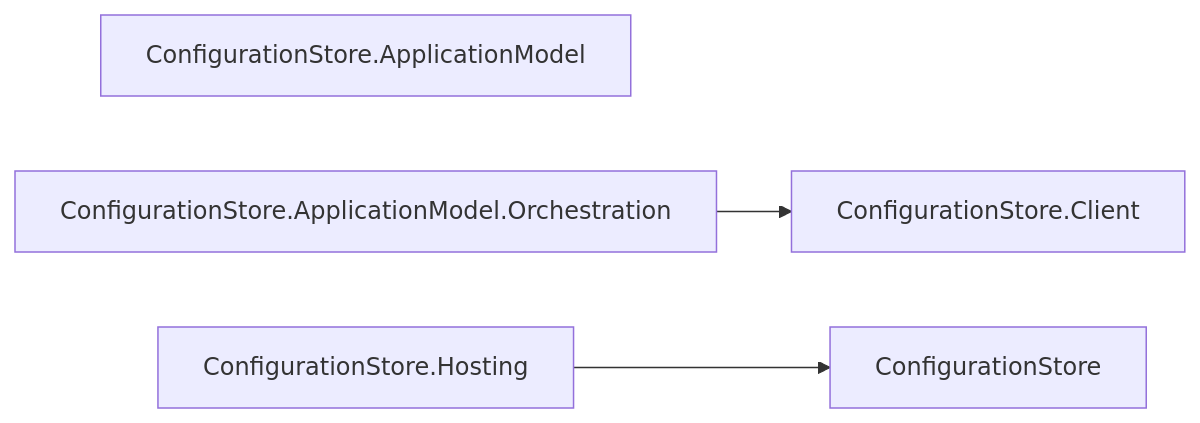
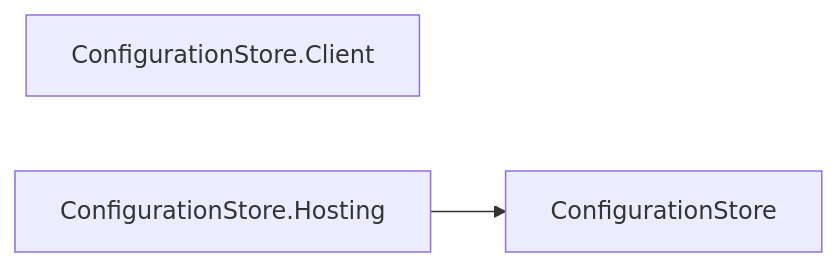
Before and after one commit to assimalign/cohesion: diagram 13 of 27 in docs/DEPENDENCIES.md, drawn with Mermaid. The commit also changed other lines of this file and 441 other files, not shown here.

````diff
--- a/docs/DEPENDENCIES.md
+++ b/docs/DEPENDENCIES.md
@@ -610,10 +608,7 @@
 ```mermaid
 flowchart LR
     N0["ConfigurationStore"]
-    N1["ConfigurationStore.ApplicationModel"]
-    N2["ConfigurationStore.ApplicationModel.Orchestration"]
-    N3["ConfigurationStore.Client"]
-    N4["ConfigurationStore.Hosting"]
-    N2 --> N3
-    N4 --> N0
+    N1["ConfigurationStore.Client"]
+    N2["ConfigurationStore.Hosting"]
+    N2 --> N0
 ```
````
